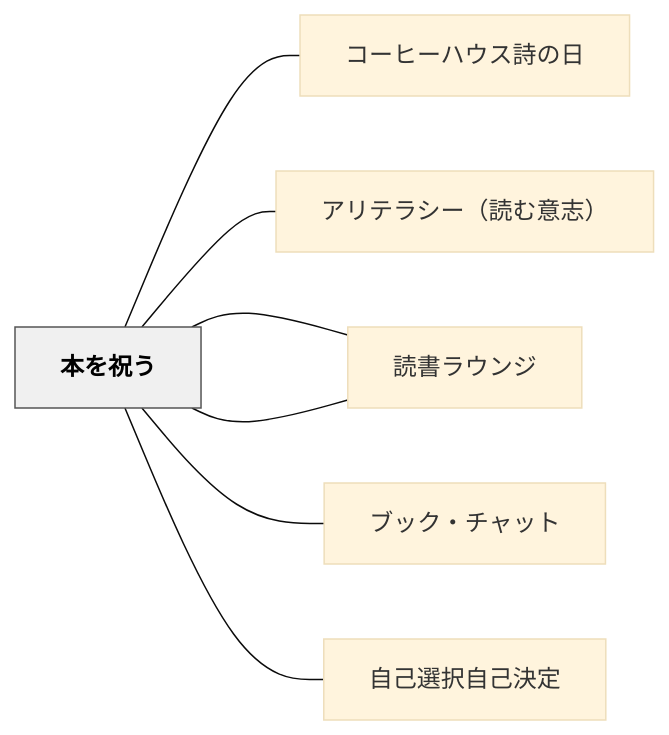
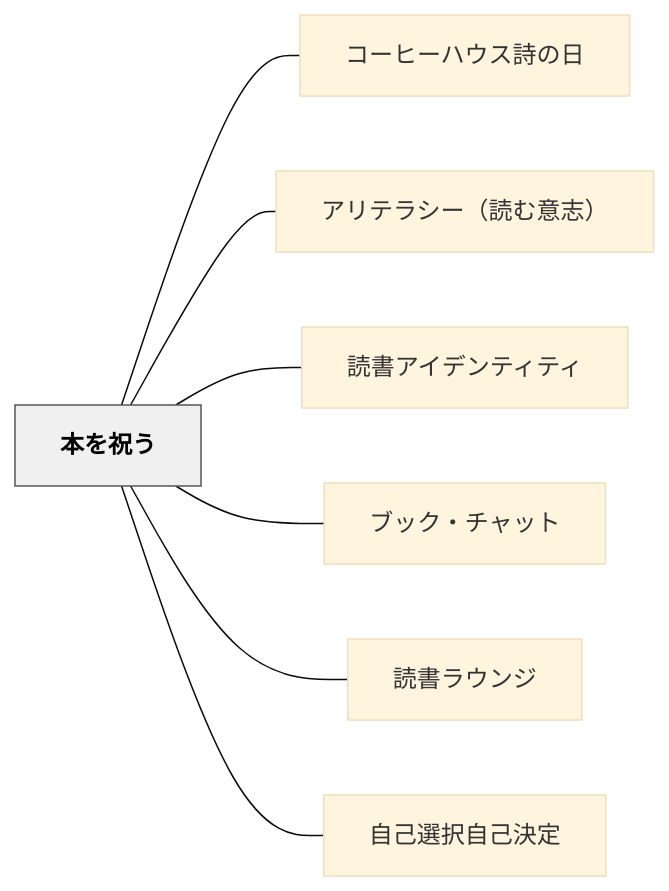
The diagram in content/パタン/本を祝う.md (unknownthings-ed-patterns/unknownthings-ed-patterns), drawn with Mermaid (base theme) before and after one commit. The commit also changed 527 other files, not shown here.

````diff
--- a/content/パタン/本を祝う.md
+++ b/content/パタン/本を祝う.md
@@ -190,20 +190,20 @@
 ```mermaid
 flowchart LR
-    ne69cace38292["本を祝う"]
-    ne382b3e383bc["コーヒーハウス詩の日"]
-    ne382a2e383aa["アリテラシー（読む意志）"]
-    ne8aaade69bb8["読書アイデンティティ"]
-    ne38396e38383["ブック・チャット"]
-    ne8aaade69bb8["読書ラウンジ"]
-    ne887aae5b7b1["自己選択自己決定"]
+    ne69cace38292e7a59de38186["本を祝う"]
+    ne382b3e383bce38392e383bce3838fe382a6e382b9e8a9a9e381aee697a5["コーヒーハウス詩の日"]
+    ne382a2e383aae38386e383a9e382b7e383bcefbc88e8aaade38280e6848fe5bf97efbc89["アリテラシー（読む意志）"]
+    ne8aaade69bb8e382a2e382a4e38387e383b3e38386e382a3e38386e382a3["読書アイデンティティ"]
+    ne38396e38383e382afe383bbe38381e383a3e38383e38388["ブック・チャット"]
+    ne8aaade69bb8e383a9e382a6e383b3e382b8["読書ラウンジ"]
+    ne887aae5b7b1e981b8e68a9ee887aae5b7b1e6b1bae5ae9a["自己選択自己決定"]
 
-    ne69cace38292 --- ne382b3e383bc
-    ne69cace38292 --- ne382a2e383aa
-    ne69cace38292 --- ne8aaade69bb8
-    ne69cace38292 --- ne38396e38383
-    ne69cace38292 --- ne8aaade69bb8
-    ne69cace38292 --- ne887aae5b7b1
+    ne69cace38292e7a59de38186 --- ne382b3e383bce38392e383bce3838fe382a6e382b9e8a9a9e381aee697a5
+    ne69cace38292e7a59de38186 --- ne382a2e383aae38386e383a9e382b7e383bcefbc88e8aaade38280e6848fe5bf97efbc89
+    ne69cace38292e7a59de38186 --- ne8aaade69bb8e382a2e382a4e38387e383b3e38386e382a3e38386e382a3
+    ne69cace38292e7a59de38186 --- ne38396e38383e382afe383bbe38381e383a3e38383e38388
+    ne69cace38292e7a59de38186 --- ne8aaade69bb8e383a9e382a6e383b3e382b8
+    ne69cace38292e7a59de38186 --- ne887aae5b7b1e981b8e68a9ee887aae5b7b1e6b1bae5ae9a
 
     classDef hub fill:#f0f0f0,stroke:#555,color:#000,font-weight:bold
-    class ne69cace38292 hub
+    class ne69cace38292e7a59de38186 hub
 ```
````
